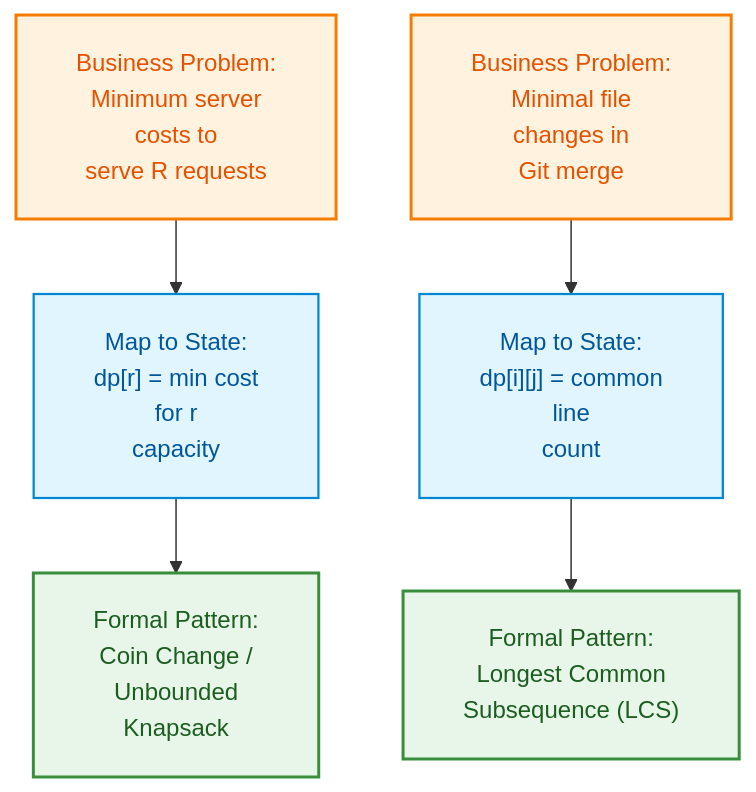
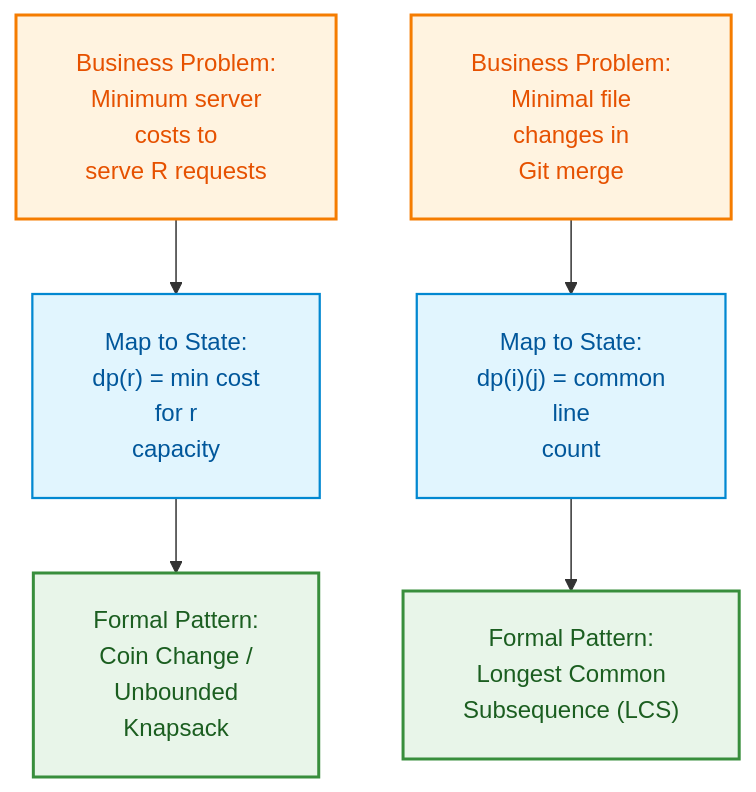
Before and after one commit to dip4k/DSA_102: the sixth of 6 diagrams in week_10_dynamic_programming_i_fundamentals/Week_10_Visual_Concepts_Playbook_HYBRID.md, drawn with Mermaid. The commit also changed other lines of this file and 147 other files, not shown here.

First line of the commit message:
feat(curriculum): enrich Weeks 01-19 instructional modules & resolve repository-wide Mermaid cutoff

````diff
--- a/week_10_dynamic_programming_i_fundamentals/Week_10_Visual_Concepts_Playbook_HYBRID.md
+++ b/week_10_dynamic_programming_i_fundamentals/Week_10_Visual_Concepts_Playbook_HYBRID.md
@@ -535,10 +535,10 @@
 ```mermaid
 %%{init: {"flowchart": {"htmlLabels": true, "padding": 20}, "themeCSS": "foreignObject { overflow: visible !important; }"}}%%
 flowchart TD
-    classDef real fill:#fff3e0,stroke:#f57c00,color:#e65100,stroke-width:2px;
-    classDef arrow fill:#e1f5fe,stroke:#0288d1,color:#01579b,stroke-width:1.5px;
-    classDef dppat fill:#e8f5e9,stroke:#388e3c,color:#1b5e20,stroke-width:2px;
+    classDef real fill:#fff3e0,stroke:#f57c00,color:#e65100,stroke-width:2px
+    classDef arrow fill:#e1f5fe,stroke:#0288d1,color:#01579b,stroke-width:1.5px
+    classDef dppat fill:#e8f5e9,stroke:#388e3c,color:#1b5e20,stroke-width:2px
 
-    R1["Business Problem:<br/>Minimum server<br/>costs to<br/>serve R requests"]:::real --> M1["Map to State:<br/>dp[r] = min cost<br/>for r<br/>capacity"]:::arrow --> P1["Formal Pattern:<br/>Coin Change /<br/>Unbounded<br/>Knapsack"]:::dppat
-    R2["Business Problem:<br/>Minimal file<br/>changes in<br/>Git merge"]:::real --> M2["Map to State:<br/>dp[i][j] = common<br/>line<br/>count"]:::arrow --> P2["Formal Pattern:<br/>Longest Common<br/>Subsequence (LCS)"]:::dppat
+    R1["Business Problem:<br/>Minimum server<br/>costs to<br/>serve R requests"]:::real --> M1["Map to State:<br/>dp(r) = min cost<br/>for r<br/>capacity"]:::arrow --> P1["Formal Pattern:<br/>Coin Change /<br/>Unbounded<br/>Knapsack"]:::dppat
+    R2["Business Problem:<br/>Minimal file<br/>changes in<br/>Git merge"]:::real --> M2["Map to State:<br/>dp(i)(j) = common<br/>line<br/>count"]:::arrow --> P2["Formal Pattern:<br/>Longest Common<br/>Subsequence (LCS)"]:::dppat
 ```
````
